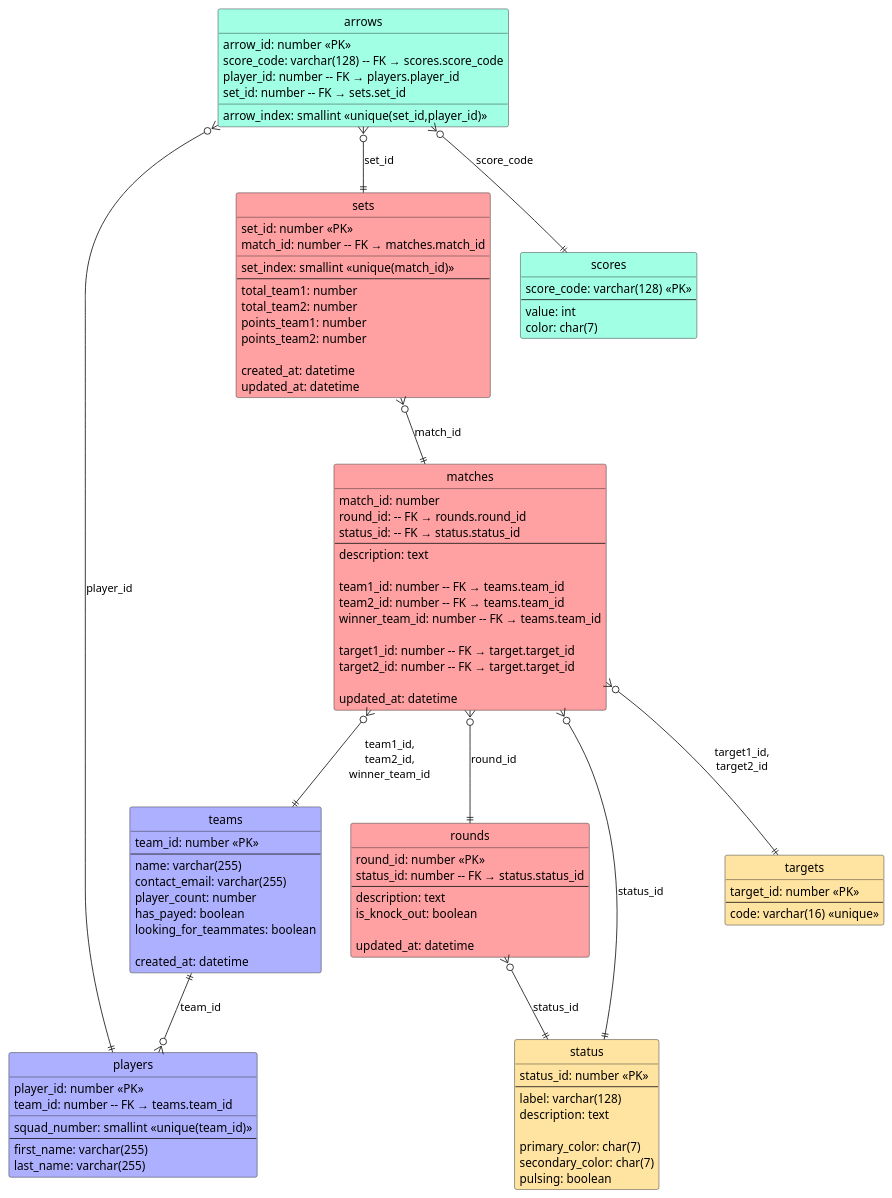
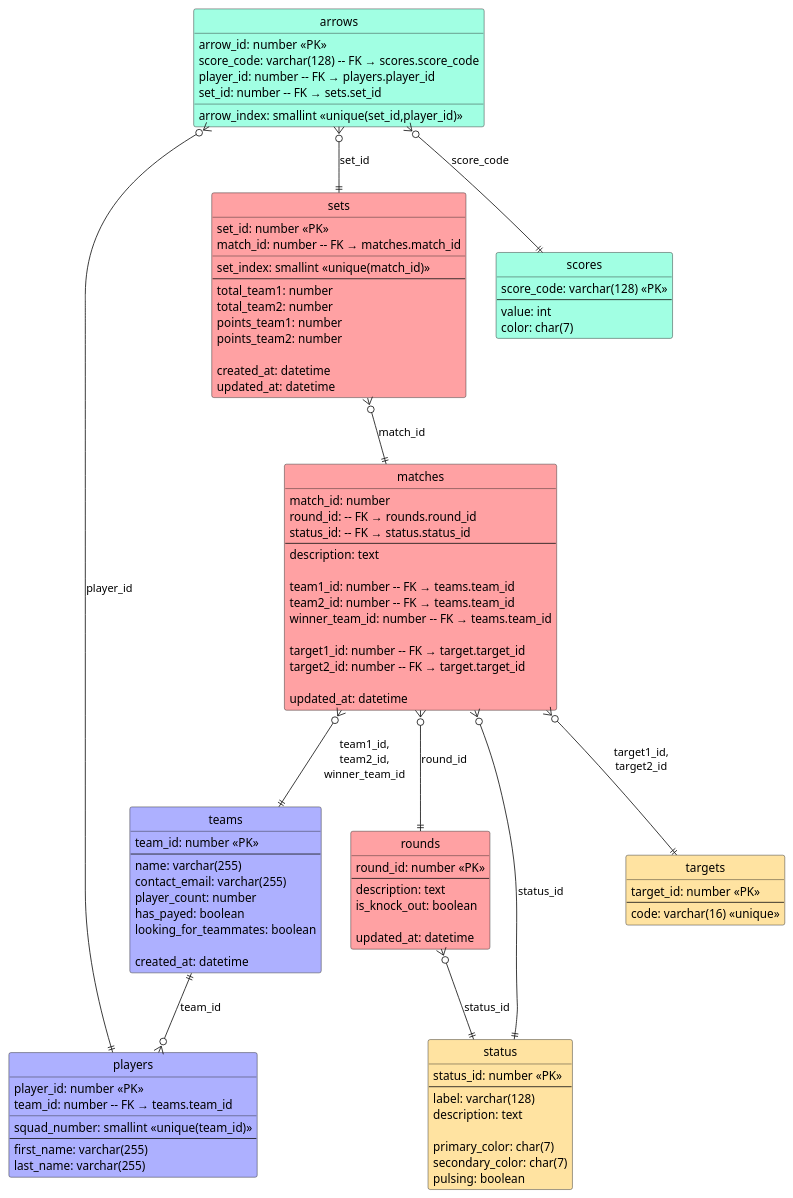
Before and after one commit to SV-Scherenbostel-Bogensport/wedemark-team-open-api: the diagram in src/main/structure/structure.puml, drawn with PlantUML. The commit also changed 3 other files, not shown here.

First line of the commit message:
Remove status relation from Round entity and schema

```diff
--- a/src/main/structure/structure.puml
+++ b/src/main/structure/structure.puml
@@ -1,152 +1,151 @@
 @startuml
 hide circle
 
 'package "Teams & Players" #dfe3ff {}
 
 'entity "tournament" as tournament #adf587 {
 '    tournament_id: number <<PK>>
 '    __
 '    name: varchar(255)
 '    location: varchar(255)
 '    date: datetime
 '    registration_deadline: number
 '    allow_registration: boolean
 '    max_slots: number
 '}
 
 entity "teams" as teams #adb0ff {
     team_id: number <<PK>>
     --
     name: varchar(255)
     contact_email: varchar(255)
     player_count: number
     has_payed: boolean
     looking_for_teammates: boolean
 
     created_at: datetime
 }
 
 entity "players" as players #adb0ff {
     player_id: number <<PK>>
     team_id: number -- FK → teams.team_id
     __
     squad_number: smallint <<unique(team_id)>>
     --
     first_name: varchar(255)
     last_name: varchar(255)
 }
 
 'package "Competition Structure" #ffd4d7 {}
 
 entity "rounds" as rounds #ffa1a3 {
     round_id: number <<PK>>
-    status_id: number -- FK → status.status_id
     --
     description: text
     is_knock_out: boolean
 
     updated_at: datetime
 }
 
 
 entity "matches" as matches #ffa1a3 {
     match_id: number
     round_id: -- FK → rounds.round_id
     status_id: -- FK → status.status_id
     --
     description: text
 
     team1_id: number -- FK → teams.team_id
     team2_id: number -- FK → teams.team_id
     winner_team_id: number -- FK → teams.team_id
 
     target1_id: number -- FK → target.target_id
     target2_id: number -- FK → target.target_id
 
     updated_at: datetime
 }
 
 
 entity "sets" as sets #ffa1a3 {
     set_id: number <<PK>>
     match_id: number -- FK → matches.match_id
     __
     set_index: smallint <<unique(match_id)>>
     --
     total_team1: number
     total_team2: number
     points_team1: number
     points_team2: number
 
     created_at: datetime
     updated_at: datetime
 }
 
 
 'package "Scoring" as scoring #d4fff6 {}
 
 entity "arrows" as arrows #a1ffe3 {
     arrow_id: number <<PK>>
     score_code: varchar(128) -- FK → scores.score_code
     player_id: number -- FK → players.player_id
     set_id: number -- FK → sets.set_id
     __
     arrow_index: smallint <<unique(set_id,player_id)>>
 }
 
 entity "scores" as scores #a1ffe3 {
     score_code: varchar(128) <<PK>>
     --
     value: int
     color: char(7)
 }
 
 
 
 'package "Info" #fff6d4 {}
 
 entity "status" as status #ffe3a1 {
     status_id: number <<PK>>
     --
     label: varchar(128)
     description: text
 
     primary_color: char(7)
     secondary_color: char(7)
     pulsing: boolean
 }
 
 entity "targets" as targets #ffe3a1 {
     target_id: number <<PK>>
     --
     code: varchar(16) <<unique>>
 }
 
 
 'Relationships'
 
 teams ||--o{ players : "team_id"
 
 arrows }o--|| scores : "score_code"
 arrows }o--|| players : "player_id"
 arrows }o--|| sets : "set_id"
 
 sets }o--|| matches : "match_id"
 
 matches }o--|| teams : "team1_id,\nteam2_id,\nwinner_team_id"
 
 matches }o--|| targets : "target1_id,\ntarget2_id"
 
 matches }o--|| rounds : "round_id"
 matches }o--|| status : "status_id"
 
 rounds }o--|| status : "status_id"
 
 
 
 
 
 
 
 
 @enduml
```
